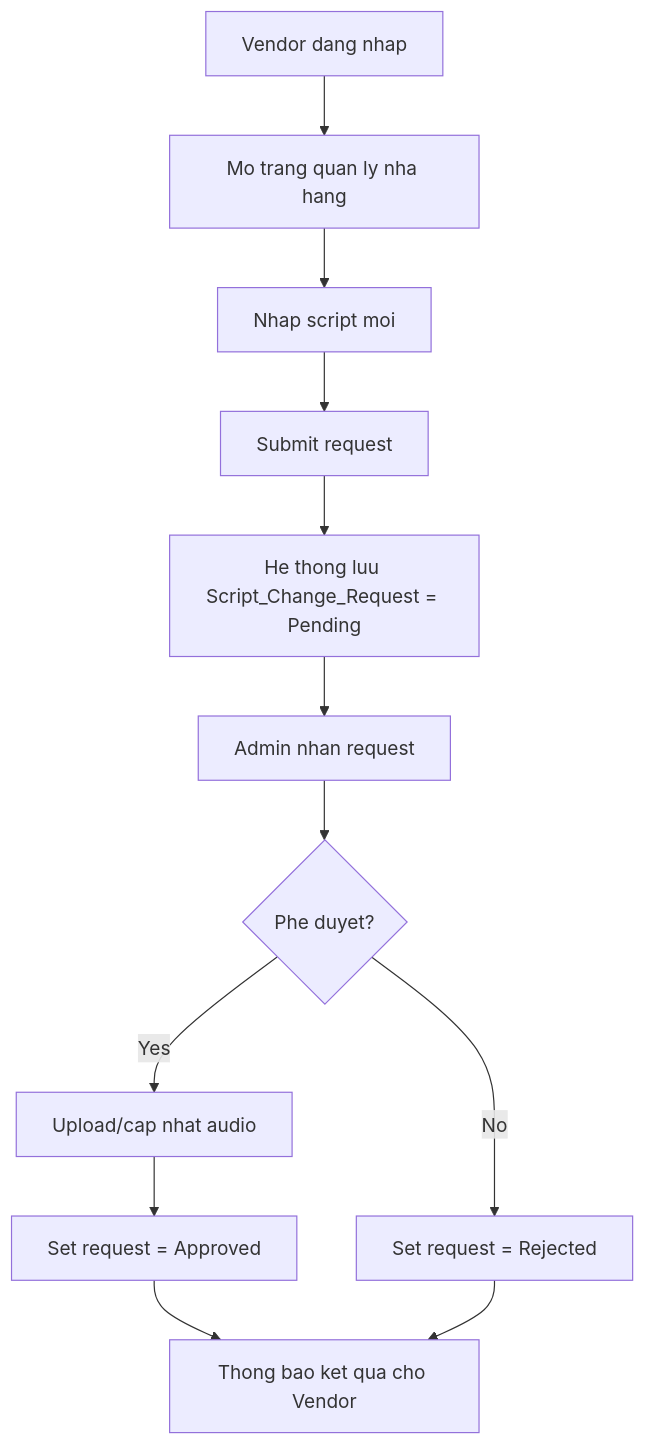
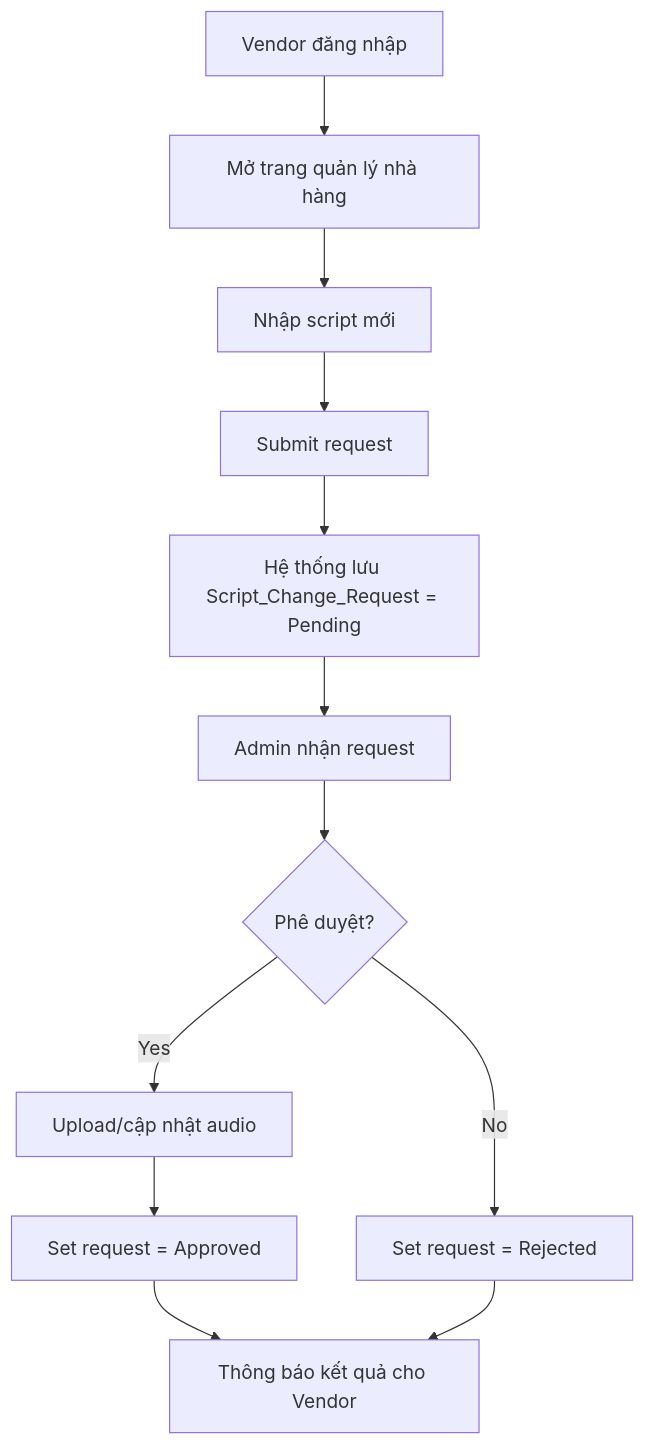
Before and after one commit to NguyenPhuc-Du/StreetFood: the ninth of 14 diagrams in prd.md, drawn with Mermaid. The commit also changed other lines of this file and 42 other files, not shown here.

````diff
--- a/prd.md
+++ b/prd.md
@@ -525,14 +649,14 @@
 ```mermaid
 flowchart TD
-    S[Vendor dang nhap] --> A[Mo trang quan ly nha hang]
-    A --> B[Nhap script moi]
+    S[Vendor đăng nhập] --> A[Mở trang quản lý nhà hàng]
+    A --> B[Nhập script mới]
     B --> C[Submit request]
-    C --> D[He thong luu Script_Change_Request = Pending]
-    D --> E[Admin nhan request]
-    E --> F{Phe duyet?}
-    F -- Yes --> G[Upload/cap nhat audio]
+    C --> D[Hệ thống lưu Script_Change_Request = Pending]
+    D --> E[Admin nhận request]
+    E --> F{Phê duyệt?}
+    F -- Yes --> G[Upload/cập nhật audio]
     G --> H[Set request = Approved]
     F -- No --> I[Set request = Rejected]
-    H --> J[Thong bao ket qua cho Vendor]
+    H --> J[Thông báo kết quả cho Vendor]
     I --> J
 ```
````
